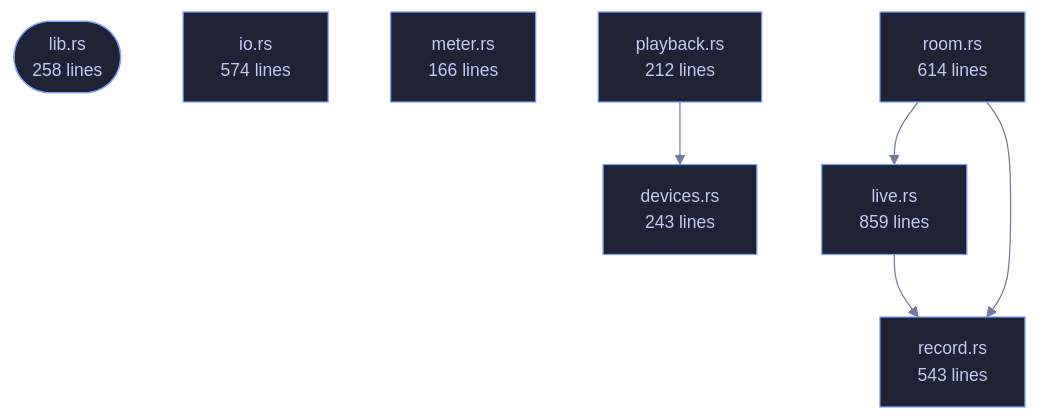
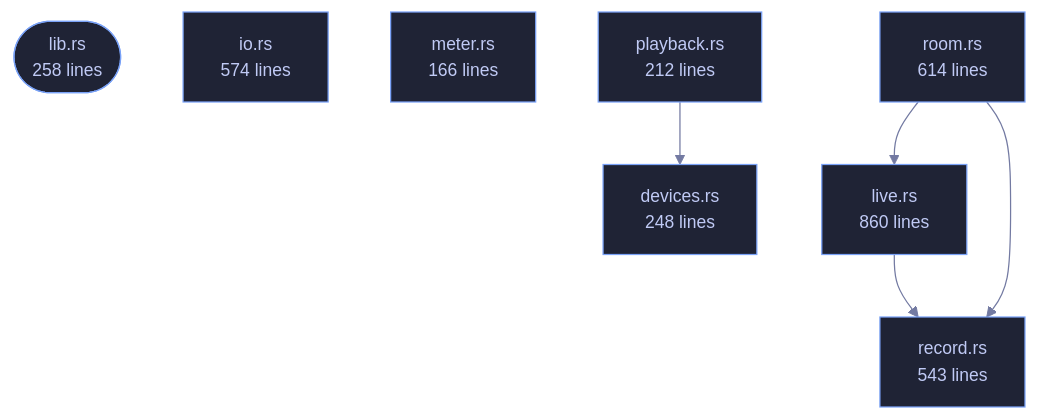
The diagram in crates/veilvoice-audio/README.md (tilas01/veilvoice), drawn with Mermaid before and after one commit. The commit also changed other lines of this file and 528 other files, not shown here.

````diff
--- a/crates/veilvoice-audio/README.md
+++ b/crates/veilvoice-audio/README.md
@@ -80,24 +80,24 @@
 ```mermaid
 %%{init: {"theme":"base","themeVariables":{"background":"#1a1b26","primaryColor":"#1f2335","primaryTextColor":"#c0caf5","primaryBorderColor":"#7aa2f7","secondaryColor":"#16161e","tertiaryColor":"#16161e","lineColor":"#737aa2","textColor":"#c0caf5","mainBkg":"#1f2335","nodeBorder":"#7aa2f7","clusterBkg":"#16161e","clusterBorder":"#2f3549","fontFamily":"ui-monospace, SFMono-Regular, Consolas, monospace","fontSize":"14px"}}}%%
 flowchart TD
     n_lib(["lib.rs<br/>258 lines"])
-    n_devices["devices.rs<br/>243 lines"]
+    n_devices["devices.rs<br/>248 lines"]
     n_io["io.rs<br/>574 lines"]
-    n_live["live.rs<br/>859 lines"]
+    n_live["live.rs<br/>860 lines"]
     n_meter["meter.rs<br/>166 lines"]
     n_playback["playback.rs<br/>212 lines"]
     n_record["record.rs<br/>543 lines"]
     n_room["room.rs<br/>614 lines"]
     n_live --> n_record
     n_playback --> n_devices
     n_room --> n_live
     n_room --> n_record
     click n_lib href "https://github.com/tilas01/veilvoice/blob/main/crates/veilvoice-audio/src/lib.rs" "open the source"
     click n_devices href "https://github.com/tilas01/veilvoice/blob/main/crates/veilvoice-audio/src/devices.rs" "open the source"
     click n_io href "https://github.com/tilas01/veilvoice/blob/main/crates/veilvoice-audio/src/io.rs" "open the source"
     click n_live href "https://github.com/tilas01/veilvoice/blob/main/crates/veilvoice-audio/src/live.rs" "open the source"
     click n_meter href "https://github.com/tilas01/veilvoice/blob/main/crates/veilvoice-audio/src/meter.rs" "open the source"
     click n_playback href "https://github.com/tilas01/veilvoice/blob/main/crates/veilvoice-audio/src/playback.rs" "open the source"
     click n_record href "https://github.com/tilas01/veilvoice/blob/main/crates/veilvoice-audio/src/record.rs" "open the source"
     click n_room href "https://github.com/tilas01/veilvoice/blob/main/crates/veilvoice-audio/src/room.rs" "open the source"
 ```
````
